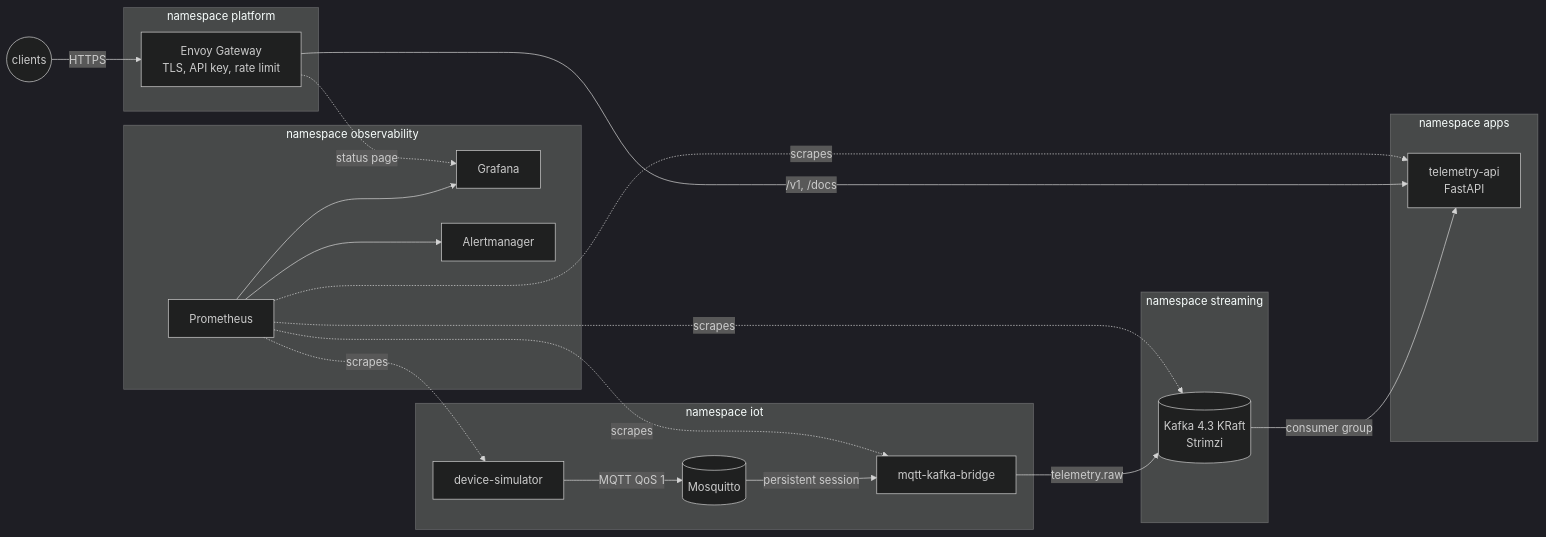
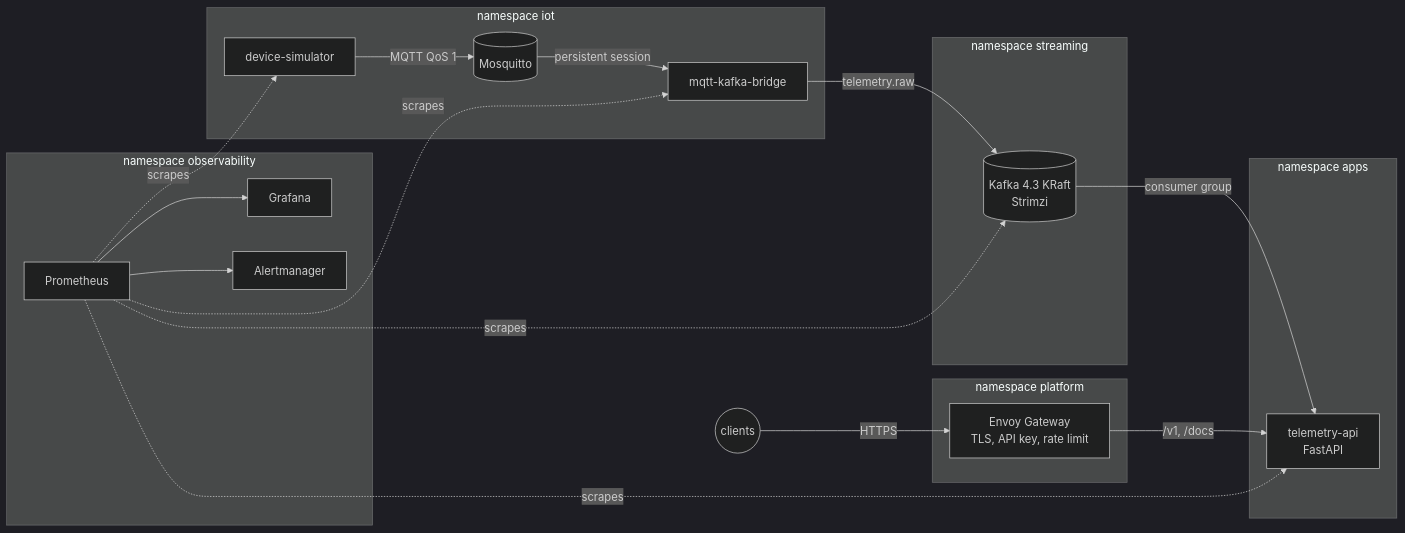
Before and after one commit to andrea-claro/integration-platform-lab: the diagram in README.md, drawn with Mermaid (dark theme). The commit also changed other lines of this file and 3 other files, not shown here.

````diff
--- a/README.md
+++ b/README.md
@@ -28,26 +34,25 @@
 ```mermaid
 flowchart LR
   subgraph iot["namespace iot"]
     sim[device-simulator] -- MQTT QoS 1 --> mq[(Mosquitto)]
     mq -- persistent session --> br[mqtt-kafka-bridge]
   end
   subgraph streaming["namespace streaming"]
     k[(Kafka 4.3 KRaft<br/>Strimzi)]
   end
   subgraph apps["namespace apps"]
     api[telemetry-api<br/>FastAPI]
   end
   subgraph platform["namespace platform"]
     gw[Envoy Gateway<br/>TLS, API key, rate limit]
   end
   subgraph observability["namespace observability"]
     prom[Prometheus] --> graf[Grafana]
     prom --> am[Alertmanager]
   end
   br -- telemetry.raw --> k
   k -- consumer group --> api
   gw -- /v1, /docs --> api
-  gw -. status page .-> graf
   client((clients)) -- HTTPS --> gw
   prom -. scrapes .-> sim & br & api & k
 ```
````
